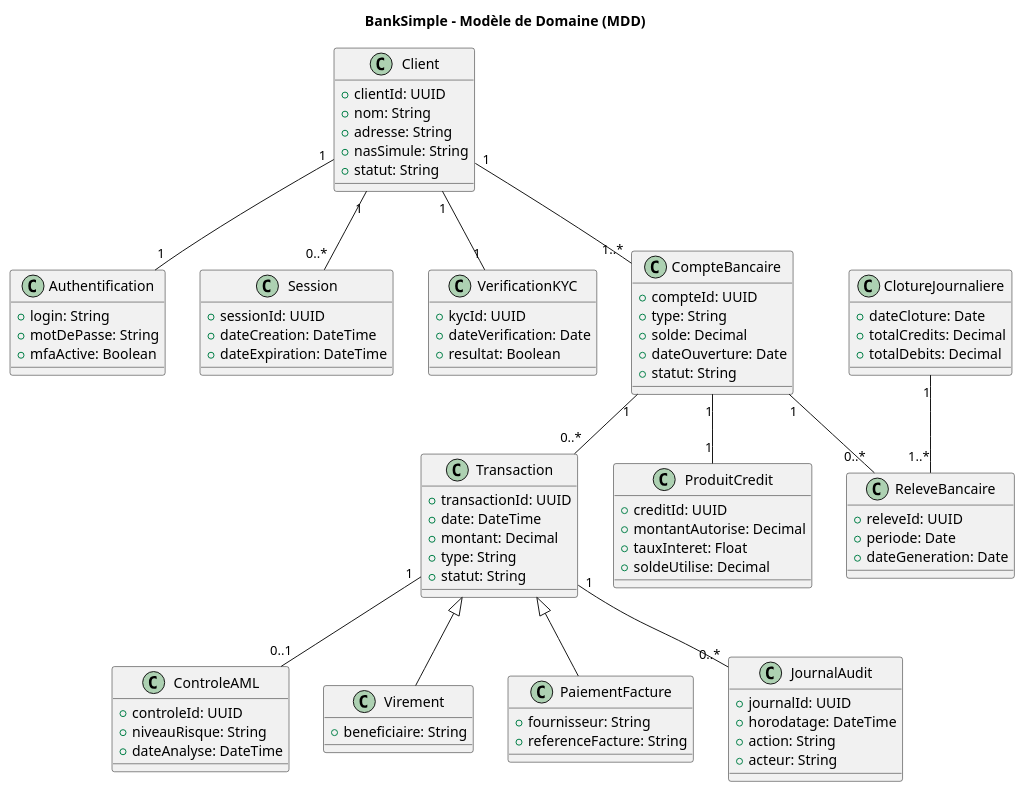
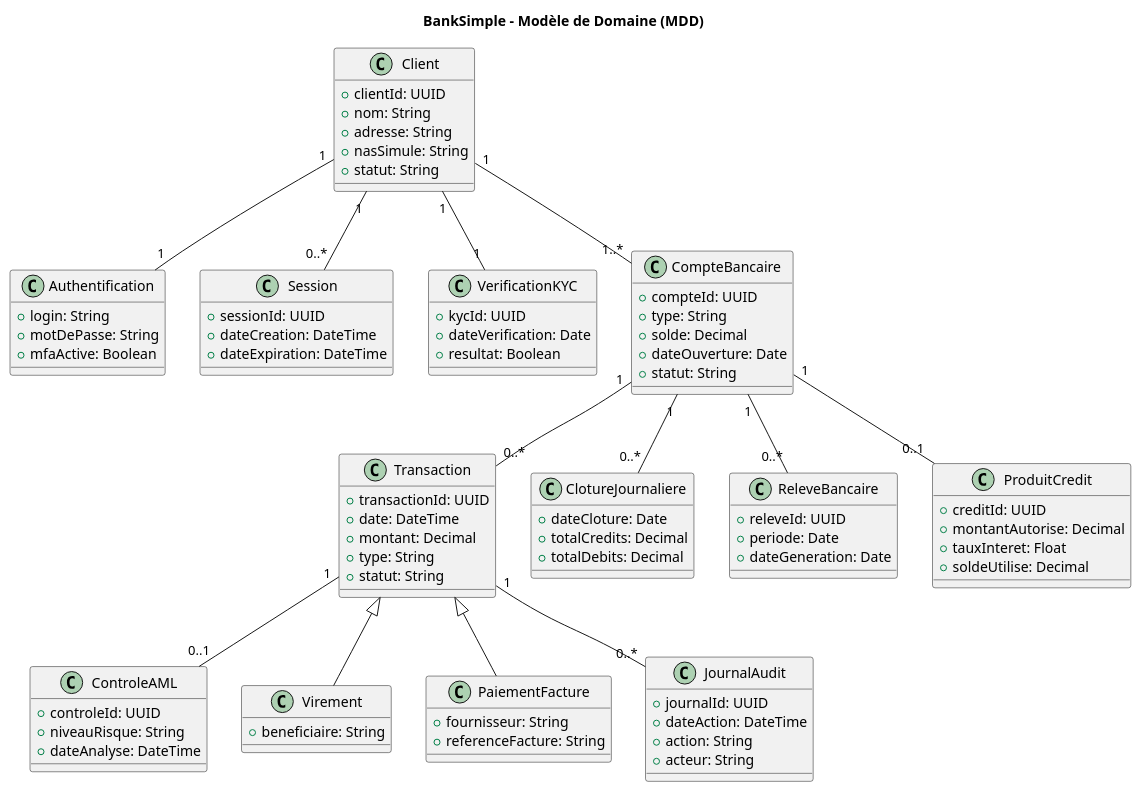
The diagram in PlantUML/mdd.puml (Toksunus/banksimple), drawn with PlantUML before and after one commit. The commit also changed 16 other files, not shown here.

```diff
--- a/PlantUML/mdd.puml
+++ b/PlantUML/mdd.puml
@@ -1,116 +1,115 @@
 @startuml
 title BankSimple - Modèle de Domaine (MDD)
 
 class Client {
   +clientId: UUID
   +nom: String
   +adresse: String
   +nasSimule: String
   +statut: String
 }
 
 '===============================================
 
 class Authentification {
   +login: String
   +motDePasse: String
   +mfaActive: Boolean
 }
 
 Client "1" -- "1" Authentification
 
 '===============================================
 
 class Session {
   +sessionId: UUID
   +dateCreation: DateTime
   +dateExpiration: DateTime
 }
 
 Client "1" -- "0..*" Session
 
 '===============================================
 
 class VerificationKYC {
   +kycId: UUID
   +dateVerification: Date
   +resultat: Boolean
 }
 
 Client "1" -- "1" VerificationKYC
 
 '===============================================
 
 class CompteBancaire {
   +compteId: UUID
   +type: String
   +solde: Decimal
   +dateOuverture: Date
   +statut: String
 }
 
 class Transaction {
   +transactionId: UUID
   +date: DateTime
   +montant: Decimal
   +type: String
   +statut: String
 }
 
 class ControleAML {
   +controleId: UUID
   +niveauRisque: String
   +dateAnalyse: DateTime
 }
 
 class Virement {
   +beneficiaire: String
 }
 
 class PaiementFacture {
   +fournisseur: String
   +referenceFacture: String
 }
 
 class JournalAudit {
   +journalId: UUID
-  +horodatage: DateTime
+  +dateAction: DateTime
   +action: String
   +acteur: String
 }
 
 class ClotureJournaliere {
   +dateCloture: Date
   +totalCredits: Decimal
   +totalDebits: Decimal
 }
 
 class ReleveBancaire {
   +releveId: UUID
   +periode: Date
   +dateGeneration: Date
 }
 
 class ProduitCredit {
   +creditId: UUID
   +montantAutorise: Decimal
   +tauxInteret: Float
   +soldeUtilise: Decimal
 }
 
 '===============================================
 
 Client "1" -- "1..*" CompteBancaire
 
 CompteBancaire "1" -- "0..*" Transaction
 CompteBancaire "1" -- "0..*" ReleveBancaire
-CompteBancaire "1" -- "1" ProduitCredit
+CompteBancaire "1" -- "0..1" ProduitCredit
+CompteBancaire "1" -- "0..*" ClotureJournaliere
 
 Transaction <|-- Virement
 Transaction <|-- PaiementFacture
 Transaction "1" -- "0..1" ControleAML
 Transaction "1" -- "0..*" JournalAudit
 
-ClotureJournaliere "1" -- "1..*" ReleveBancaire
-
 @enduml
```
